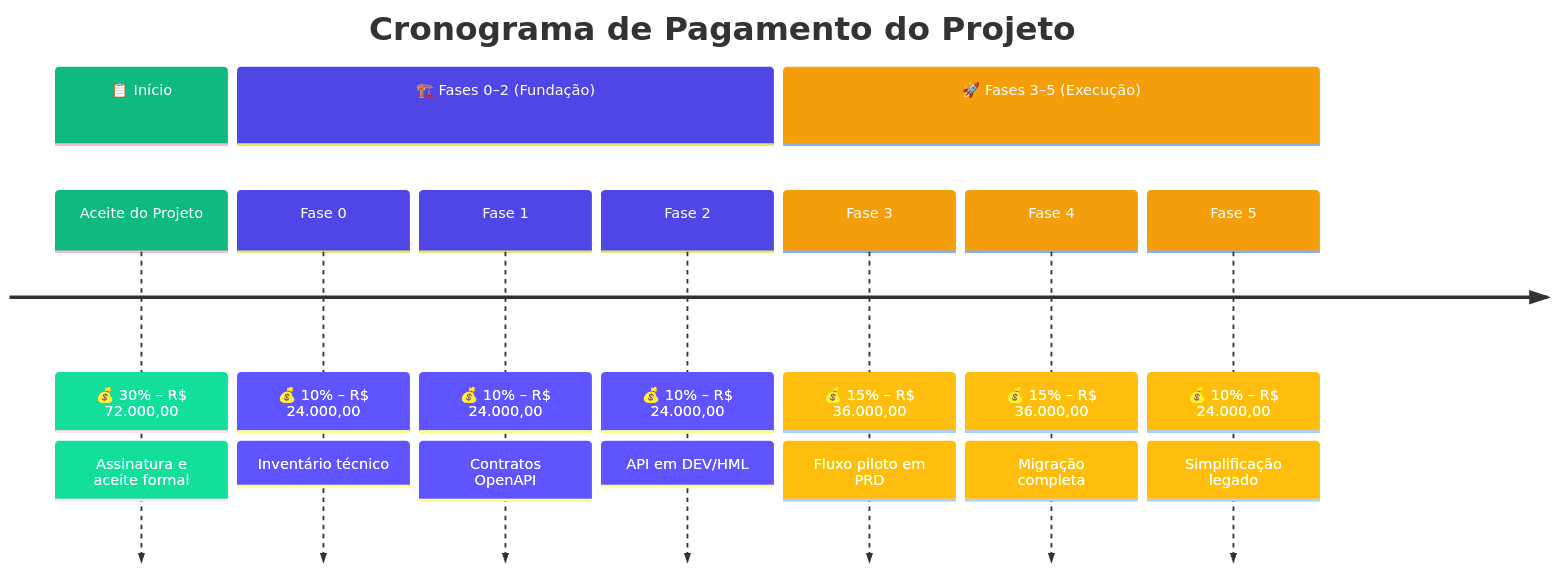
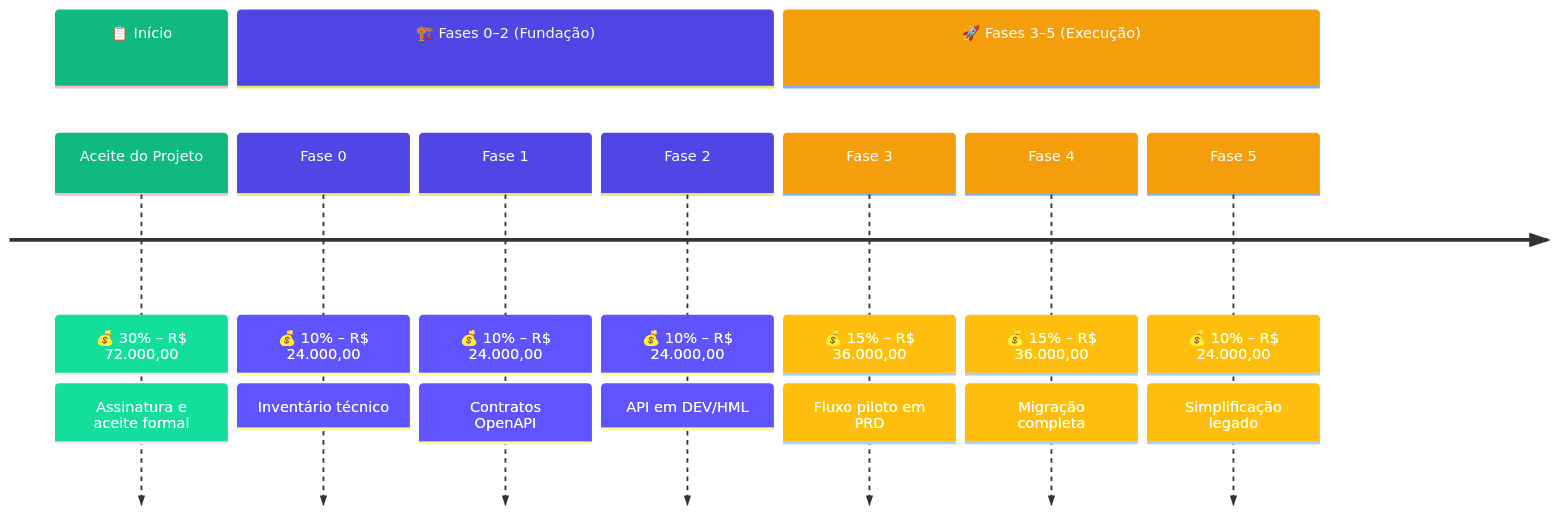
Before and after one commit to Evilazaro/Azure-LogicApps-Monitoring: the third of 4 diagrams in docs/plano-modernizacao/07-investimentos.md, drawn with Mermaid. The commit also changed other lines of this file and 6 other files, not shown here.

````diff
--- a/docs/plano-modernizacao/07-investimentos.md
+++ b/docs/plano-modernizacao/07-investimentos.md
@@ -411,19 +417,24 @@
 ```mermaid
+---
+title: Cronograma de Pagamento do Projeto
+---
 %%{init: { 'theme': 'base', 'themeVariables': {
     'cScale0': '#10B981', 'cScaleLabel0': '#ffffff',
     'cScale1': '#4F46E5', 'cScaleLabel1': '#ffffff',
     'cScale2': '#F59E0B', 'cScaleLabel2': '#ffffff'
 } } }%%
 timeline
-    title Cronograma de Pagamento do Projeto
+    %% ===== SEÇÃO: INÍCIO DO PROJETO =====
     section 📋 Início
         Aceite do Projeto : 💰 30% – R$ 72.000,00 : Assinatura e aceite formal
+    %% ===== SEÇÃO: FASES DE FUNDAÇÃO =====
     section 🏗️ Fases 0–2 (Fundação)
         Fase 0 : 💰 10% – R$ 24.000,00 : Inventário técnico
         Fase 1 : 💰 10% – R$ 24.000,00 : Contratos OpenAPI
         Fase 2 : 💰 10% – R$ 24.000,00 : API em DEV/HML
+    %% ===== SEÇÃO: FASES DE EXECUÇÃO =====
     section 🚀 Fases 3–5 (Execução)
         Fase 3 : 💰 15% – R$ 36.000,00 : Fluxo piloto em PRD
         Fase 4 : 💰 15% – R$ 36.000,00 : Migração completa
         Fase 5 : 💰 10% – R$ 24.000,00 : Simplificação legado
 ```
````
